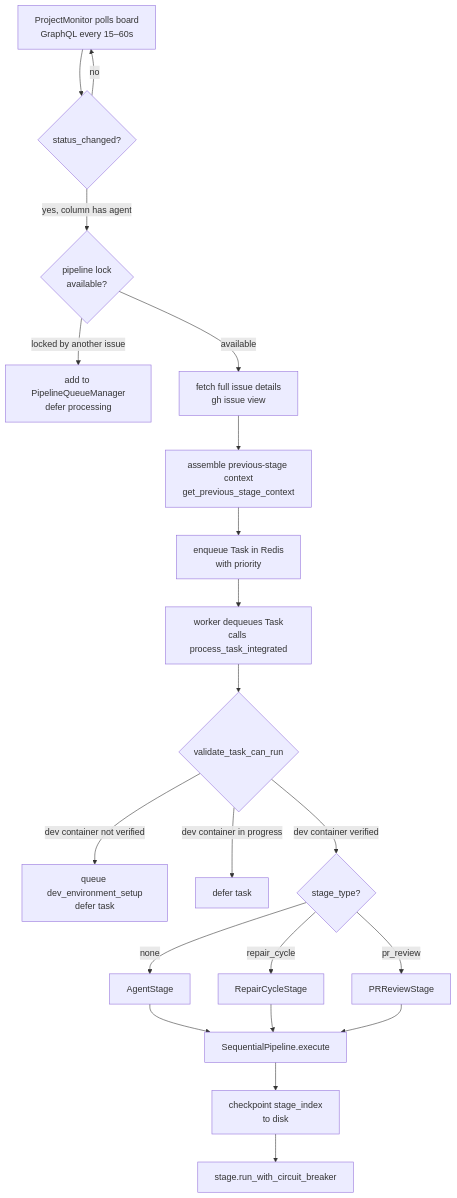
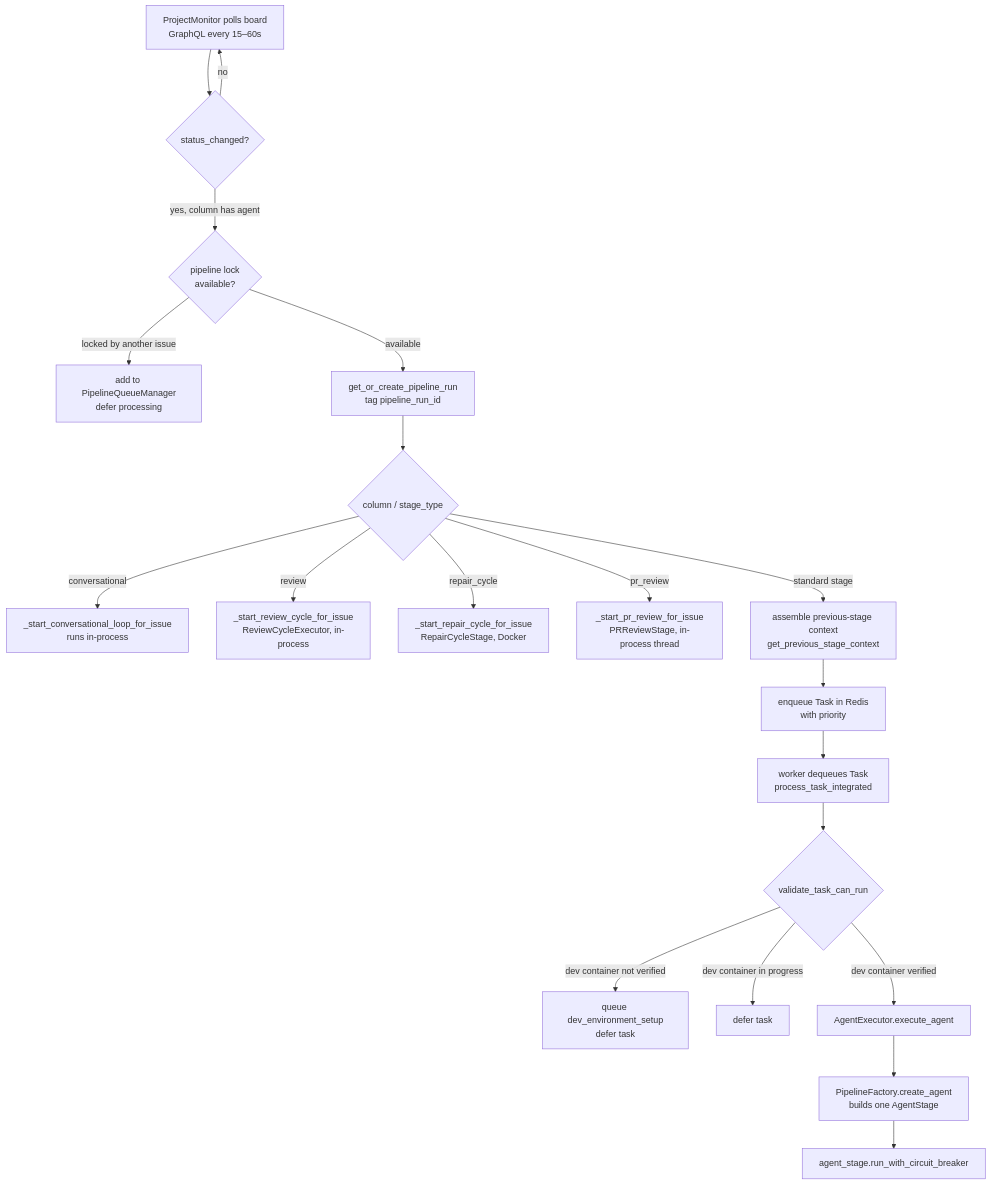
Before and after one commit to tinkermonkey/switchyard: the second of 5 diagrams in documentation/pipeline-architecture.md, drawn with Mermaid. The commit also changed other lines of this file and 45 other files, not shown here.

````diff
--- a/documentation/pipeline-architecture.md
+++ b/documentation/pipeline-architecture.md
@@ -96,23 +96,22 @@
 ```mermaid
 flowchart TD
     A[ProjectMonitor polls board<br>GraphQL every 15–60s] --> B{status_changed?}
     B -->|no| A
     B -->|yes, column has agent| C{pipeline lock<br>available?}
     C -->|locked by another issue| D[add to PipelineQueueManager<br>defer processing]
-    C -->|available| E[fetch full issue details<br>gh issue view]
-    E --> F[assemble previous-stage context<br>get_previous_stage_context]
-    F --> G[enqueue Task in Redis<br>with priority]
-    G --> H[worker dequeues Task<br>calls process_task_integrated]
-    H --> I{validate_task_can_run}
-    I -->|dev container not verified| J[queue dev_environment_setup<br>defer task]
-    I -->|dev container in progress| K[defer task]
-    I -->|dev container verified| L{stage_type?}
-    L -->|none| M[AgentStage]
-    L -->|repair_cycle| N[RepairCycleStage]
-    L -->|pr_review| O[PRReviewStage]
-    M --> P[SequentialPipeline.execute]
-    N --> P
-    O --> P
-    P --> Q[checkpoint stage_index<br>to disk]
-    Q --> R[stage.run_with_circuit_breaker]
+    C -->|available| E[get_or_create_pipeline_run<br>tag pipeline_run_id]
+    E --> F{column / stage_type}
+    F -->|conversational| G[_start_conversational_loop_for_issue<br>runs in-process]
+    F -->|review| H[_start_review_cycle_for_issue<br>ReviewCycleExecutor, in-process]
+    F -->|repair_cycle| I[_start_repair_cycle_for_issue<br>RepairCycleStage, Docker]
+    F -->|pr_review| J[_start_pr_review_for_issue<br>PRReviewStage, in-process thread]
+    F -->|standard stage| K[assemble previous-stage context<br>get_previous_stage_context]
+    K --> L[enqueue Task in Redis<br>with priority]
+    L --> M[worker dequeues Task<br>process_task_integrated]
+    M --> N{validate_task_can_run}
+    N -->|dev container not verified| O[queue dev_environment_setup<br>defer task]
+    N -->|dev container in progress| P[defer task]
+    N -->|dev container verified| Q[AgentExecutor.execute_agent]
+    Q --> R[PipelineFactory.create_agent<br>builds one AgentStage]
+    R --> S[agent_stage.run_with_circuit_breaker]
 ```
````
